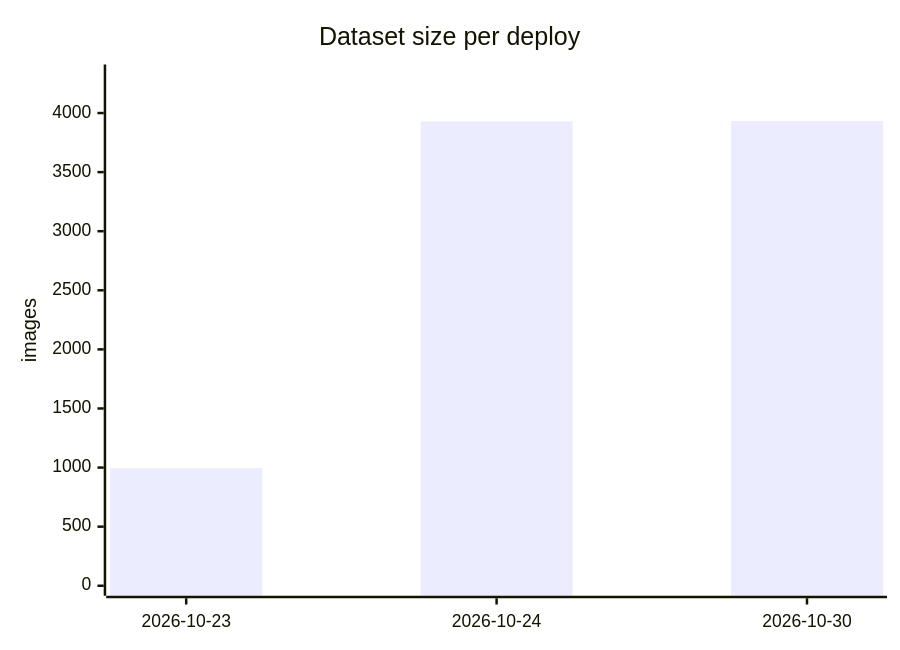
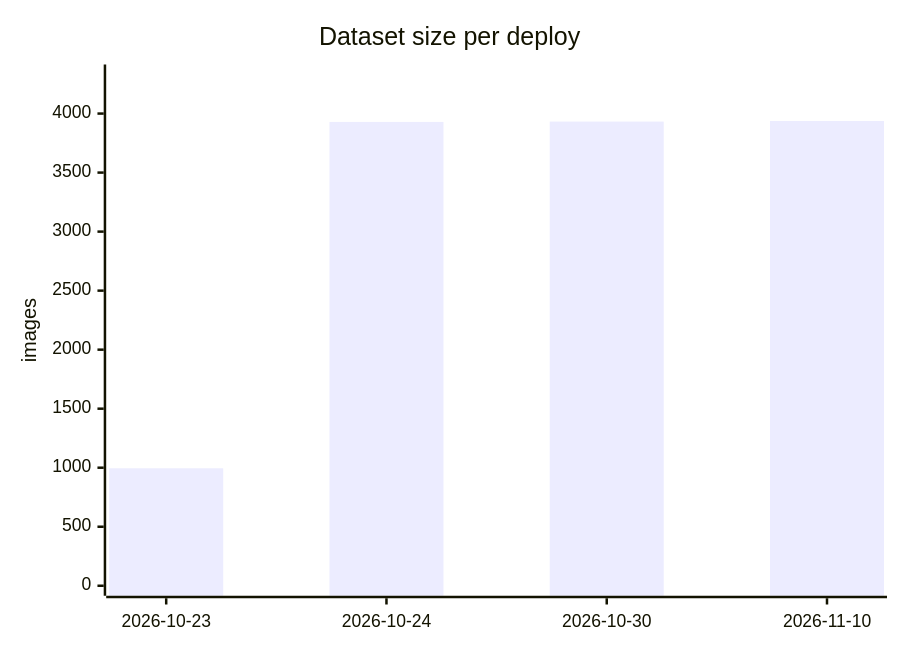
One commit to vtop-xceed/auto-captcha changed the first of 2 diagrams in training/README.md. Above: the diagram before and after it, drawn with Mermaid. The commit also changed other lines of this file, not shown here.

Commit message:
chart: 2026-11-10 images=3937 acc=%

````diff
--- a/training/README.md
+++ b/training/README.md
@@ -31,7 +32,7 @@
 ```mermaid
 xychart-beta
     title "Dataset size per deploy"
-    x-axis [2026-10-23, 2026-10-24, 2026-10-30]
-    y-axis "images" 0 --> 4326
-    bar [995, 3929, 3932]
+    x-axis [2026-10-23, 2026-10-24, 2026-10-30, 2026-11-10]
+    y-axis "images" 0 --> 4331
+    bar [995, 3929, 3932, 3937]
 ```
````
